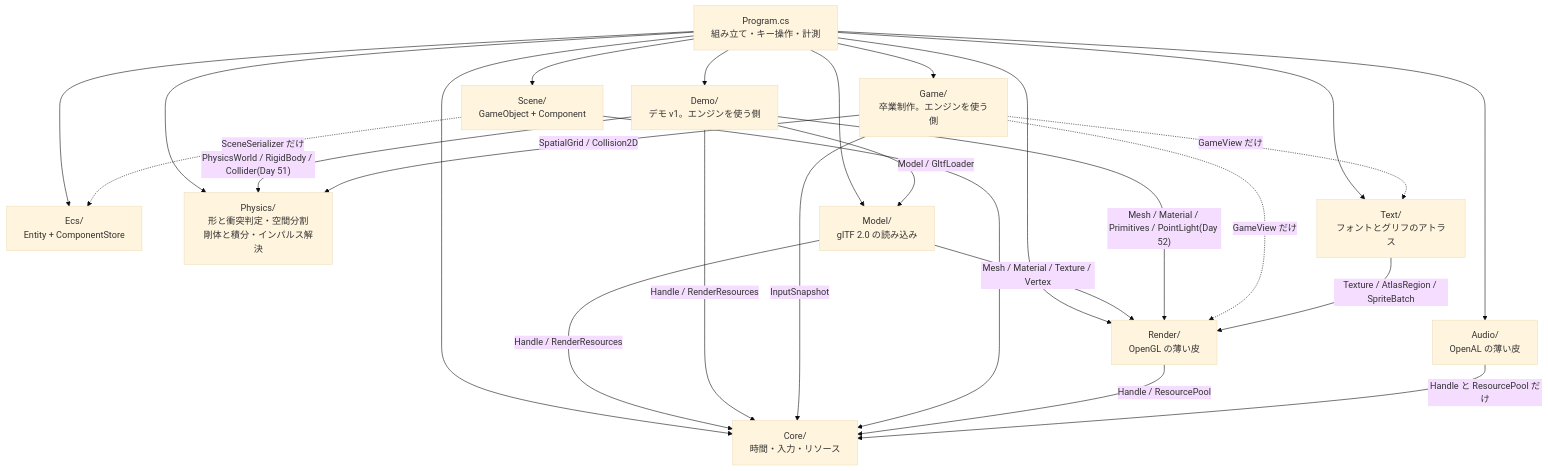
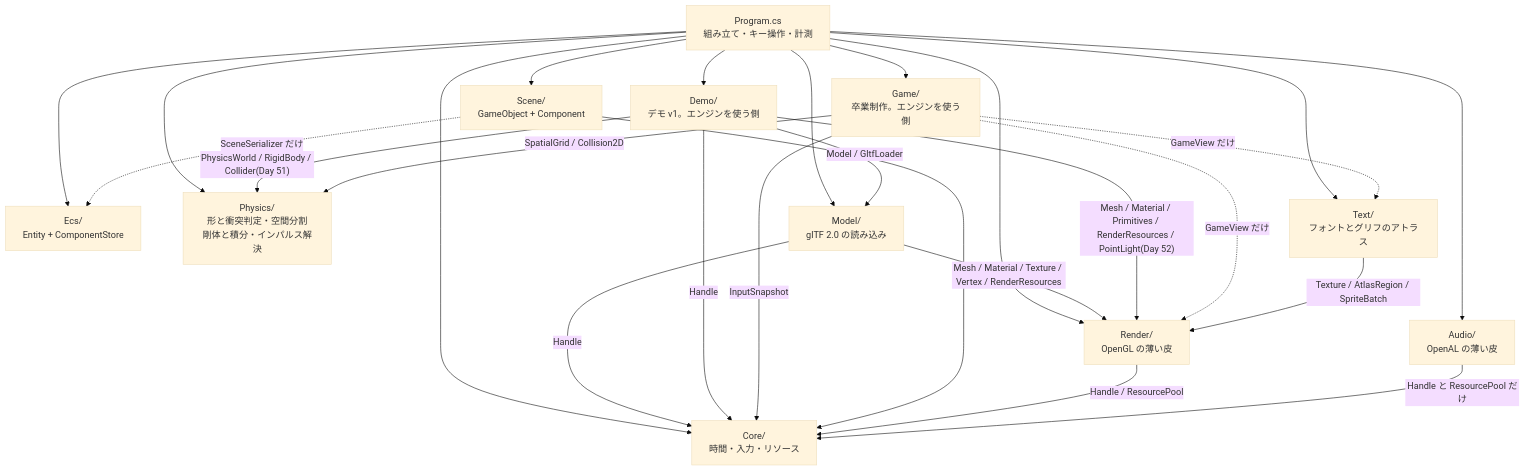
Before and after one commit to honyax/honya-game-engine: the fifth of 60 diagrams in docs/plans/Day52.md, drawn with Mermaid (base theme). The commit also changed other lines of this file and 3 other files, not shown here.

First line of the commit message:
docs: Day52〜55 の設計書を RenderResources への改名・移動に合わせる

````diff
--- a/docs/plans/Day52.md
+++ b/docs/plans/Day52.md
@@ -625,40 +625,40 @@
 ```mermaid
 graph TD
     DM["Demo/<br/>デモ v1。エンジンを使う側"]
     G["Game/<br/>卒業制作。エンジンを使う側"]
     P["Program.cs<br/>組み立て・キー操作・計測"]
     S["Scene/<br/>GameObject + Component"]
     E["Ecs/<br/>Entity + ComponentStore"]
     PH["Physics/<br/>形と衝突判定・空間分割<br/>剛体と積分・インパルス解決"]
     T["Text/<br/>フォントとグリフのアトラス"]
     MD["Model/<br/>glTF 2.0 の読み込み"]
     R["Render/<br/>OpenGL の薄い皮"]
     A["Audio/<br/>OpenAL の薄い皮"]
     C["Core/<br/>時間・入力・リソース"]
 
     P --> DM
     P --> G
     P --> S
     P --> E
     P --> PH
     P --> T
     P --> MD
     P --> R
     P --> A
     P --> C
-    MD -->|"Mesh / Material / Texture / Vertex"| R
-    MD -->|"Handle / RenderResources"| C
-    DM -->|"Mesh / Material / Primitives / PointLight(Day 52)"| R
+    MD -->|"Mesh / Material / Texture / Vertex / RenderResources"| R
+    MD -->|"Handle"| C
+    DM -->|"Mesh / Material / Primitives / RenderResources / PointLight(Day 52)"| R
     DM -->|"Model / GltfLoader"| MD
-    DM -->|"Handle / RenderResources"| C
+    DM -->|"Handle"| C
     DM -->|"PhysicsWorld / RigidBody / Collider(Day 51)"| PH
     G -->|SpatialGrid / Collision2D| PH
     G -->|InputSnapshot| C
     G -.->|GameView だけ| T
     G -.->|GameView だけ| R
     S --> C
     S -.->|SceneSerializer だけ| E
     T -->|Texture / AtlasRegion / SpriteBatch| R
     R -->|Handle / ResourcePool| C
     A -->|Handle と ResourcePool だけ| C
 ```
````
